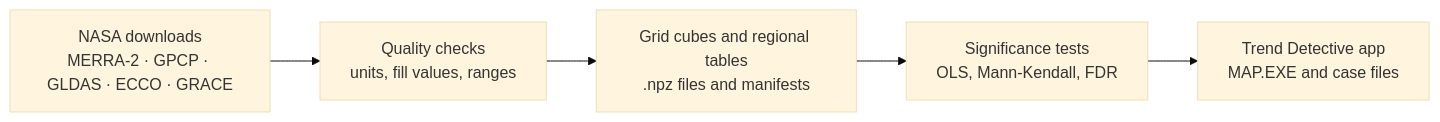
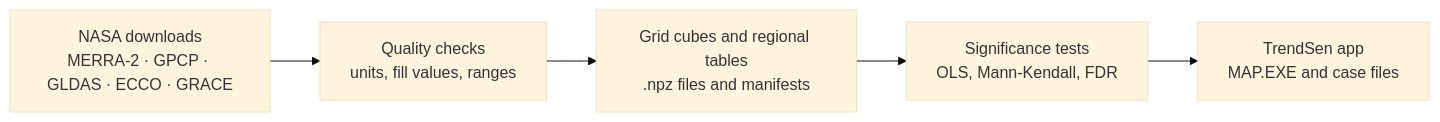
Before and after one commit to averagec/trend-detective: the diagram in README.md, drawn with Mermaid (base theme). The commit also changed other lines of this file, not shown here.

First line of the commit message:
Make the README match the app

````diff
--- a/README.md
+++ b/README.md
@@ -46,7 +46,7 @@
 ```mermaid
 flowchart LR
   A["NASA downloads<br/>MERRA-2 · GPCP · GLDAS · ECCO · GRACE"] --> B["Quality checks<br/>units, fill values, ranges"]
   B --> C["Grid cubes and regional tables<br/>.npz files and manifests"]
   C --> D["Significance tests<br/>OLS, Mann-Kendall, FDR"]
-  D --> E["Trend Detective app<br/>MAP.EXE and case files"]
+  D --> E["TrendSen app<br/>MAP.EXE and case files"]
 ```
````
